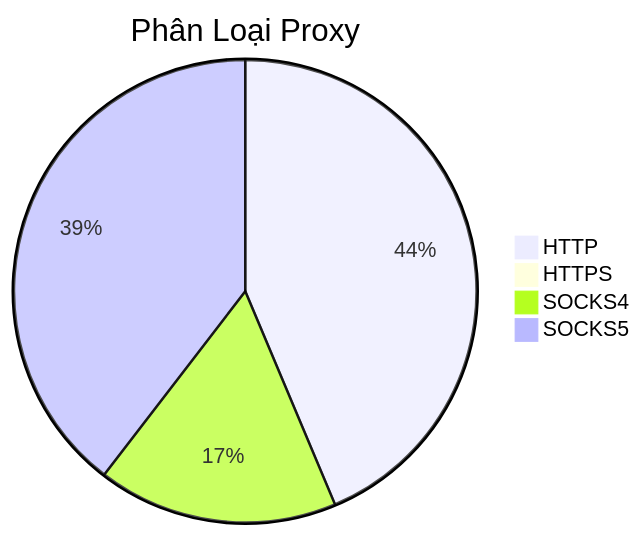
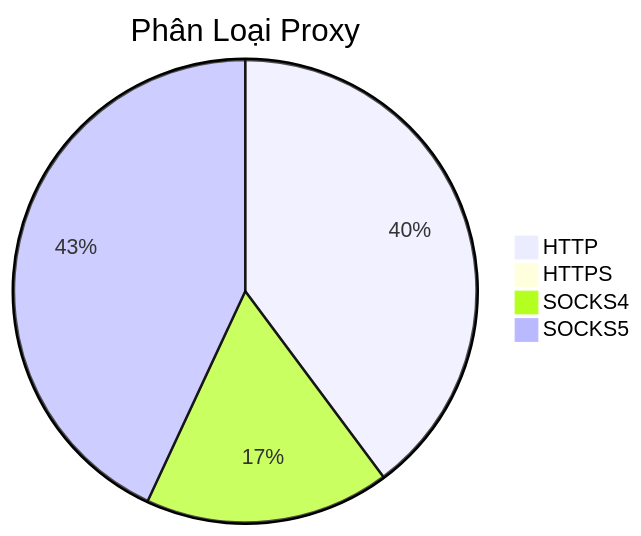
One commit to Ciara-12/PROXY-free changed the diagram in README.md. Above: the diagram before and after it, drawn with Mermaid. The commit also changed other lines of this file and 4 other files, not shown here.

````diff
--- a/README.md
+++ b/README.md
@@ -26,7 +26,7 @@
 ```mermaid
 pie title Phân Loại Proxy
-    "HTTP" : 1174
-    "HTTPS" : 8
-    "SOCKS4" : 451
-    "SOCKS5" : 1064
+    "HTTP" : 833
+    "HTTPS" : 2
+    "SOCKS4" : 358
+    "SOCKS5" : 901
 ```
````
